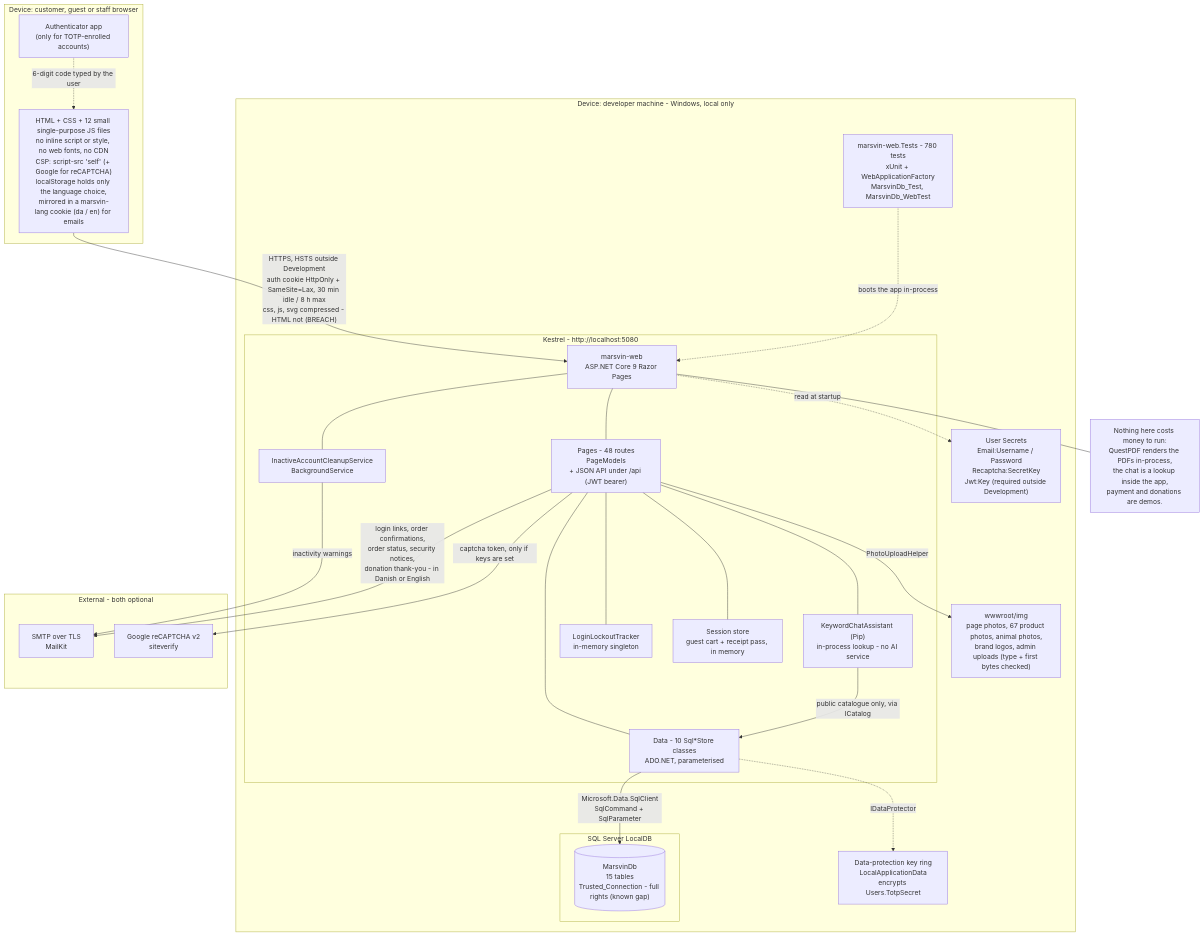
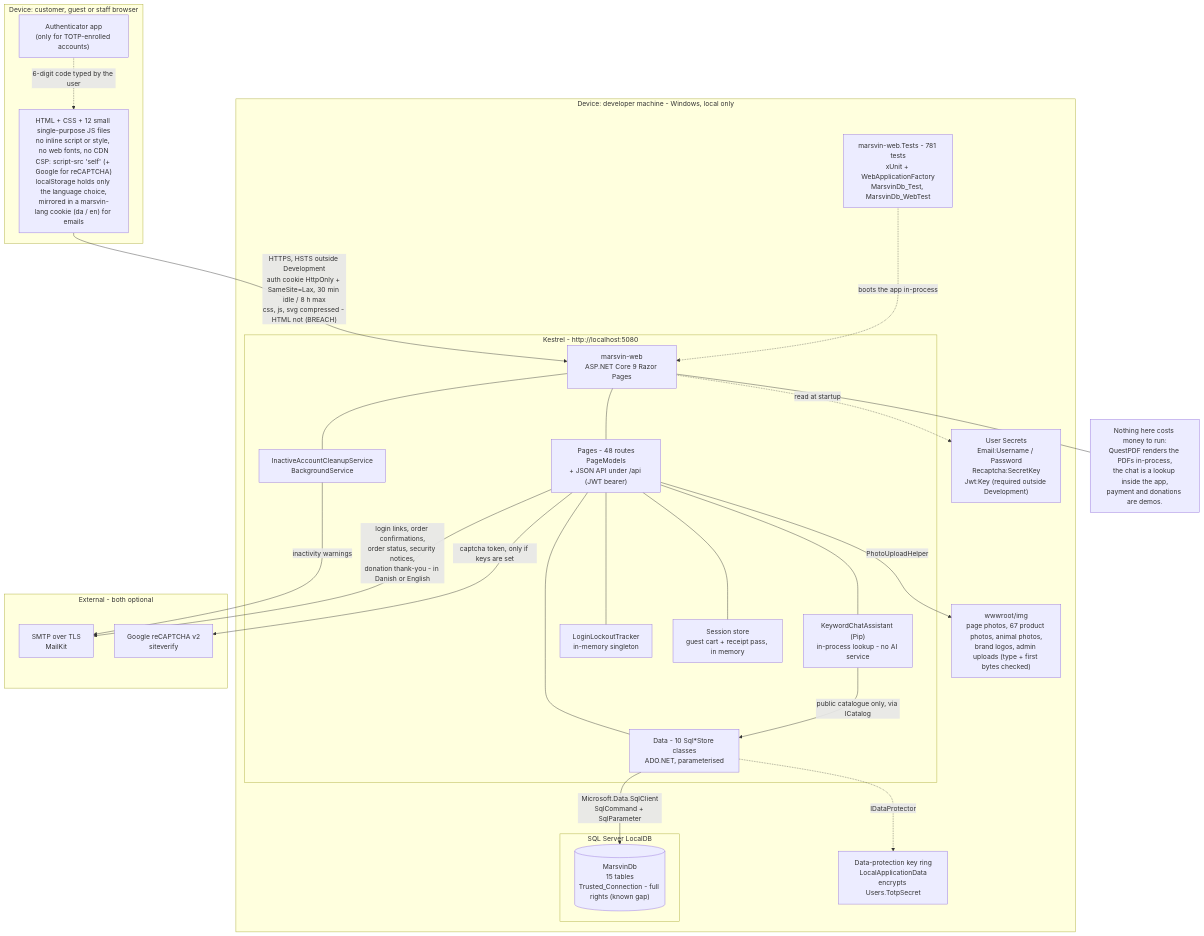
The diagram in diagrams/marsvin-deployment.mermaid (Elvie-Abarth/Esti-whent-creazy-whit-the-protject), drawn with Mermaid before and after one commit. The commit also changed 3 other files, not shown here.

```diff
--- a/diagrams/marsvin-deployment.mermaid
+++ b/diagrams/marsvin-deployment.mermaid
@@ -1,50 +1,50 @@
 flowchart TB
     subgraph CLIENT["Device: customer, guest or staff browser"]
         BROWSER["HTML + CSS + 12 small single-purpose JS files<br/>no inline script or style, no web fonts, no CDN<br/>CSP: script-src 'self' (+ Google for reCAPTCHA)<br/>localStorage holds only the language choice,<br/>mirrored in a marsvin-lang cookie (da / en) for emails"]
         AUTHAPP["Authenticator app<br/>(only for TOTP-enrolled accounts)"]
     end
 
     subgraph DEV["Device: developer machine - Windows, local only"]
         subgraph KESTREL["Kestrel - http://localhost:5080"]
             APP["marsvin-web<br/>ASP.NET Core 9 Razor Pages"]
             PAGES["Pages - 48 routes<br/>PageModels<br/>+ JSON API under /api (JWT bearer)"]
             STORES["Data - 10 Sql*Store classes<br/>ADO.NET, parameterised"]
             CHATBOT["KeywordChatAssistant (Pip)<br/>in-process lookup - no AI service"]
             BG["InactiveAccountCleanupService<br/>BackgroundService"]
             LOCK["LoginLockoutTracker<br/>in-memory singleton"]
             SESS["Session store<br/>guest cart + receipt pass, in memory"]
             APP --- PAGES
             PAGES --- STORES
             PAGES --- CHATBOT
             APP --- BG
             PAGES --- LOCK
             PAGES --- SESS
         end
         subgraph SQL["SQL Server LocalDB"]
             DBASE[("MarsvinDb<br/>15 tables<br/>Trusted_Connection - full rights (known gap)")]
         end
         KEYS["Data-protection key ring<br/>LocalApplicationData<br/>encrypts Users.TotpSecret"]
         UPLOADS["wwwroot/img<br/>page photos, 67 product photos, animal photos,<br/>brand logos, admin uploads (type + first bytes checked)"]
         SECRETS["User Secrets<br/>Email:Username / Password<br/>Recaptcha:SecretKey<br/>Jwt:Key (required outside Development)"]
-        TESTS["marsvin-web.Tests - 780 tests<br/>xUnit + WebApplicationFactory<br/>MarsvinDb_Test, MarsvinDb_WebTest"]
+        TESTS["marsvin-web.Tests - 781 tests<br/>xUnit + WebApplicationFactory<br/>MarsvinDb_Test, MarsvinDb_WebTest"]
     end
 
     subgraph EXT["External - both optional"]
         SMTPSVC["SMTP over TLS<br/>MailKit"]
         GRECAP["Google reCAPTCHA v2<br/>siteverify"]
     end
 
     BROWSER -->|"HTTPS, HSTS outside Development<br/>auth cookie HttpOnly + SameSite=Lax, 30 min idle / 8 h max<br/>css, js, svg compressed - HTML not (BREACH)"| APP
     AUTHAPP -.->|"6-digit code typed by the user"| BROWSER
     STORES -->|"Microsoft.Data.SqlClient<br/>SqlCommand + SqlParameter"| DBASE
     CHATBOT -->|"public catalogue only, via ICatalog"| STORES
     STORES -.->|"IDataProtector"| KEYS
     PAGES -->|"PhotoUploadHelper"| UPLOADS
     APP -.->|"read at startup"| SECRETS
     BG -->|"inactivity warnings"| SMTPSVC
     PAGES -->|"login links, order confirmations,<br/>order status, security notices,<br/>donation thank-you - in Danish or English"| SMTPSVC
     PAGES -->|"captcha token, only if keys are set"| GRECAP
     TESTS -.->|"boots the app in-process"| APP
 
     NOTE["Nothing here costs money to run:<br/>QuestPDF renders the PDFs in-process,<br/>the chat is a lookup inside the app,<br/>payment and donations are demos."]
     APP --- NOTE
```
